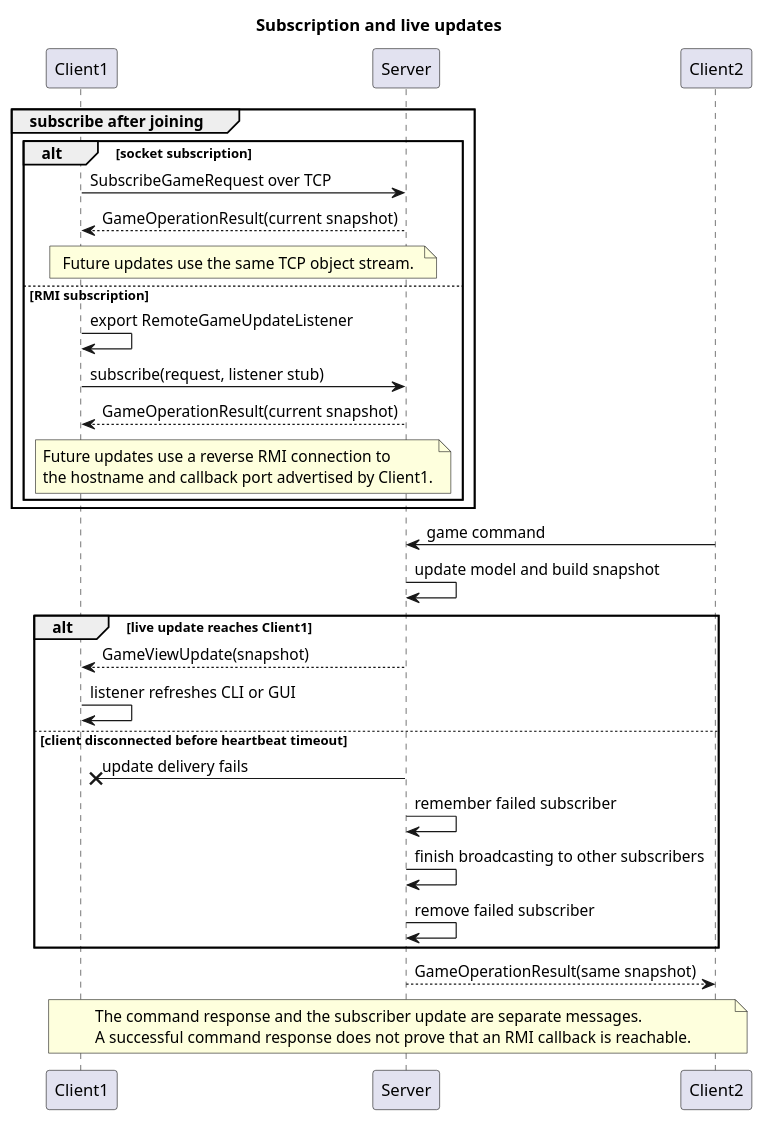
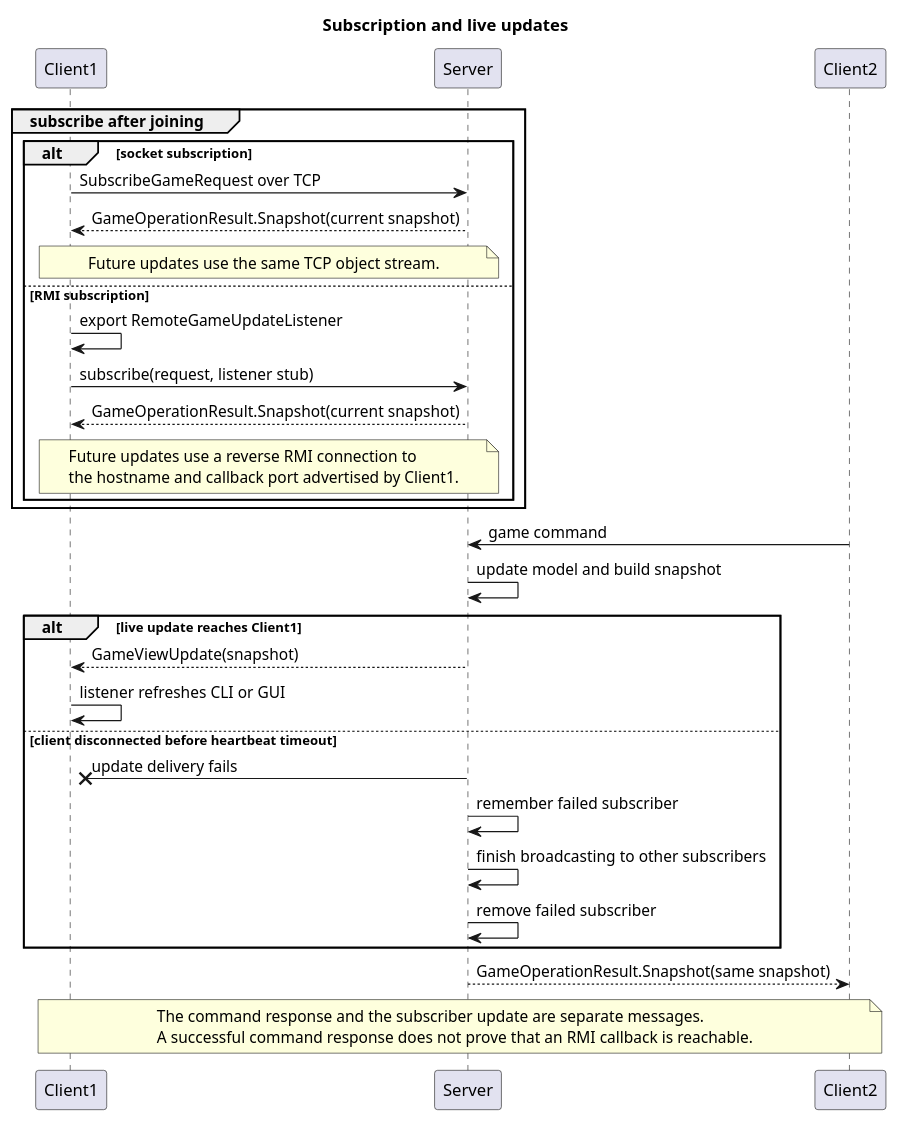
The diagram in UML_Diagram/SequenceDiagrams/04-subscription-and-live-updates.puml (matteoroda05/Mesos), drawn with PlantUML before and after one commit. The commit also changed 9 other files, not shown here.

Commit message:
docs(sequence diagrams): update sequence diagrams to reflect new GameOperationResult structure

```diff
--- a/UML_Diagram/SequenceDiagrams/04-subscription-and-live-updates.puml
+++ b/UML_Diagram/SequenceDiagrams/04-subscription-and-live-updates.puml
@@ -1,47 +1,47 @@
 @startuml
 
 title Subscription and live updates
 
 participant Client1
 participant Server
 participant Client2
 
 group subscribe after joining
 alt socket subscription
 Client1->Server: SubscribeGameRequest over TCP
-Server-->Client1: GameOperationResult(current snapshot)
+Server-->Client1: GameOperationResult.Snapshot(current snapshot)
 note over Client1, Server
 Future updates use the same TCP object stream.
 end note
 else RMI subscription
 Client1->Client1: export RemoteGameUpdateListener
 Client1->Server: subscribe(request, listener stub)
-Server-->Client1: GameOperationResult(current snapshot)
+Server-->Client1: GameOperationResult.Snapshot(current snapshot)
 note over Client1, Server
 Future updates use a reverse RMI connection to
 the hostname and callback port advertised by Client1.
 end note
 end
 end
 
 Client2->Server: game command
 Server->Server: update model and build snapshot
 
 alt live update reaches Client1
 Server-->Client1: GameViewUpdate(snapshot)
 Client1->Client1: listener refreshes CLI or GUI
 else client disconnected before heartbeat timeout
 Server -x Client1: update delivery fails
 Server->Server: remember failed subscriber
 Server->Server: finish broadcasting to other subscribers
 Server->Server: remove failed subscriber
 end
 
-Server-->Client2: GameOperationResult(same snapshot)
+Server-->Client2: GameOperationResult.Snapshot(same snapshot)
 
 note over Client1, Client2
 The command response and the subscriber update are separate messages.
 A successful command response does not prove that an RMI callback is reachable.
 end note
 
 @enduml
```
